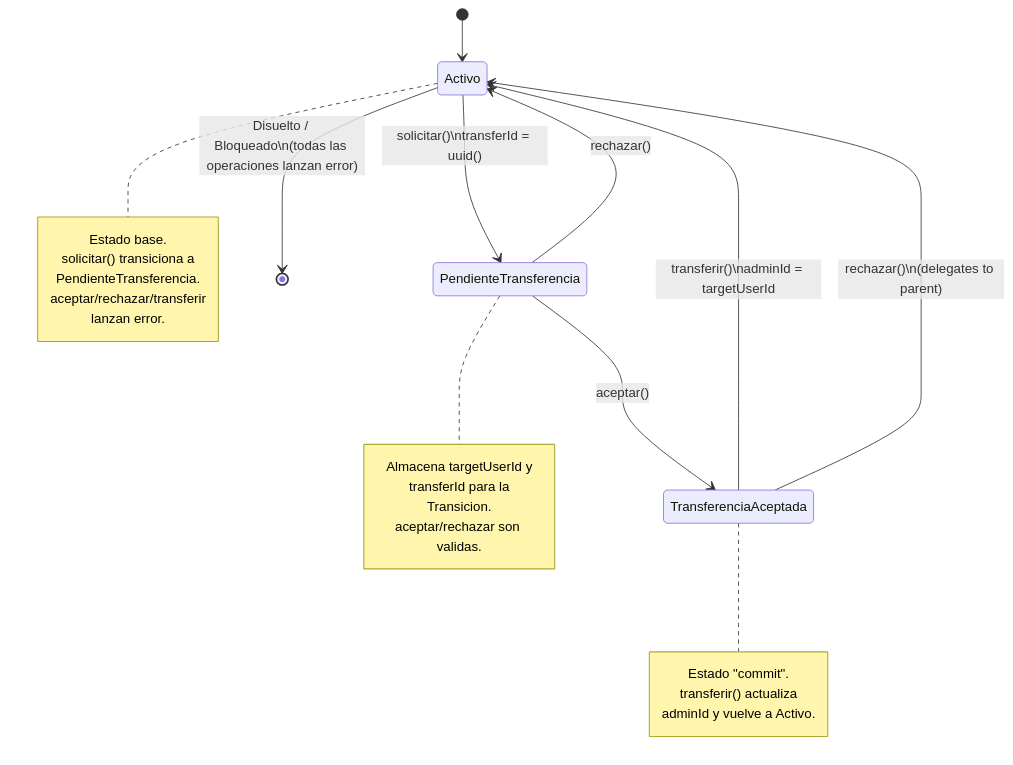
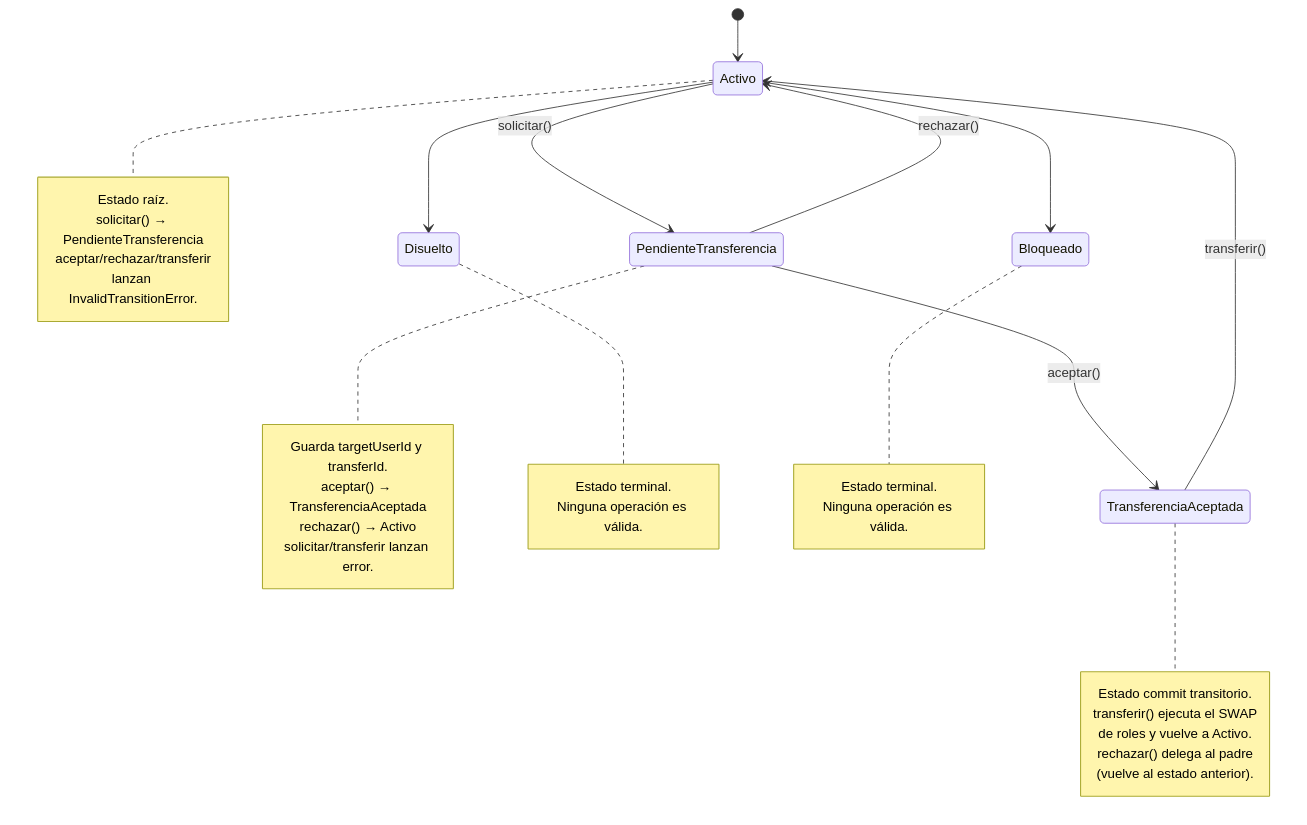
The first of 3 diagrams in backend/services/study-groups/README.md (Cgomez2107/UniConnect), drawn with Mermaid before and after one commit. The commit also changed other lines of this file and 25 other files, not shown here.

Commit message:
fix(groups): stabilize admin transfer flow, RLS bypass, and UI layout" -m "Resolves 500/403 API errors during role swap using elevated privileges. Fixes double notifications, WS disconnects, chat UI overlaps, and completes State pattern UML documentation (CA 1-7)."

````diff
--- a/backend/services/study-groups/README.md
+++ b/backend/services/study-groups/README.md
@@ -56,31 +31,42 @@
 ```mermaid
 stateDiagram-v2
     [*] --> Activo
-    Activo --> PendienteTransferencia : solicitar()\ntransferId = uuid()
+    Activo --> PendienteTransferencia : solicitar()
     PendienteTransferencia --> TransferenciaAceptada : aceptar()
     PendienteTransferencia --> Activo : rechazar()
-    TransferenciaAceptada --> Activo : transferir()\nadminId = targetUserId
-    TransferenciaAceptada --> Activo : rechazar()\n(delegates to parent)
-    Activo --> [*] : Disuelto / Bloqueado\n(todas las operaciones lanzan error)
+    TransferenciaAceptada --> Activo : transferir()
+    Activo --> Disuelto
+    Activo --> Bloqueado
 
     note right of Activo
-        Estado base.
-        solicitar() transiciona a
-        PendienteTransferencia.
+        Estado raíz.
+        solicitar() → PendienteTransferencia
         aceptar/rechazar/transferir
-        lanzan error.
+        lanzan InvalidTransitionError.
     end note
 
     note right of PendienteTransferencia
-        Almacena targetUserId y
-        transferId para la
-        Transicion.
-        aceptar/rechazar son validas.
+        Guarda targetUserId y transferId.
+        aceptar() → TransferenciaAceptada
+        rechazar() → Activo
+        solicitar/transferir lanzan error.
     end note
 
     note right of TransferenciaAceptada
-        Estado "commit".
-        transferir() actualiza
-        adminId y vuelve a Activo.
+        Estado commit transitorio.
+        transferir() ejecuta el SWAP
+        de roles y vuelve a Activo.
+        rechazar() delega al padre
+        (vuelve al estado anterior).
+    end note
+
+    note right of Disuelto
+        Estado terminal.
+        Ninguna operación es válida.
+    end note
+
+    note right of Bloqueado
+        Estado terminal.
+        Ninguna operación es válida.
     end note
 ```
````
